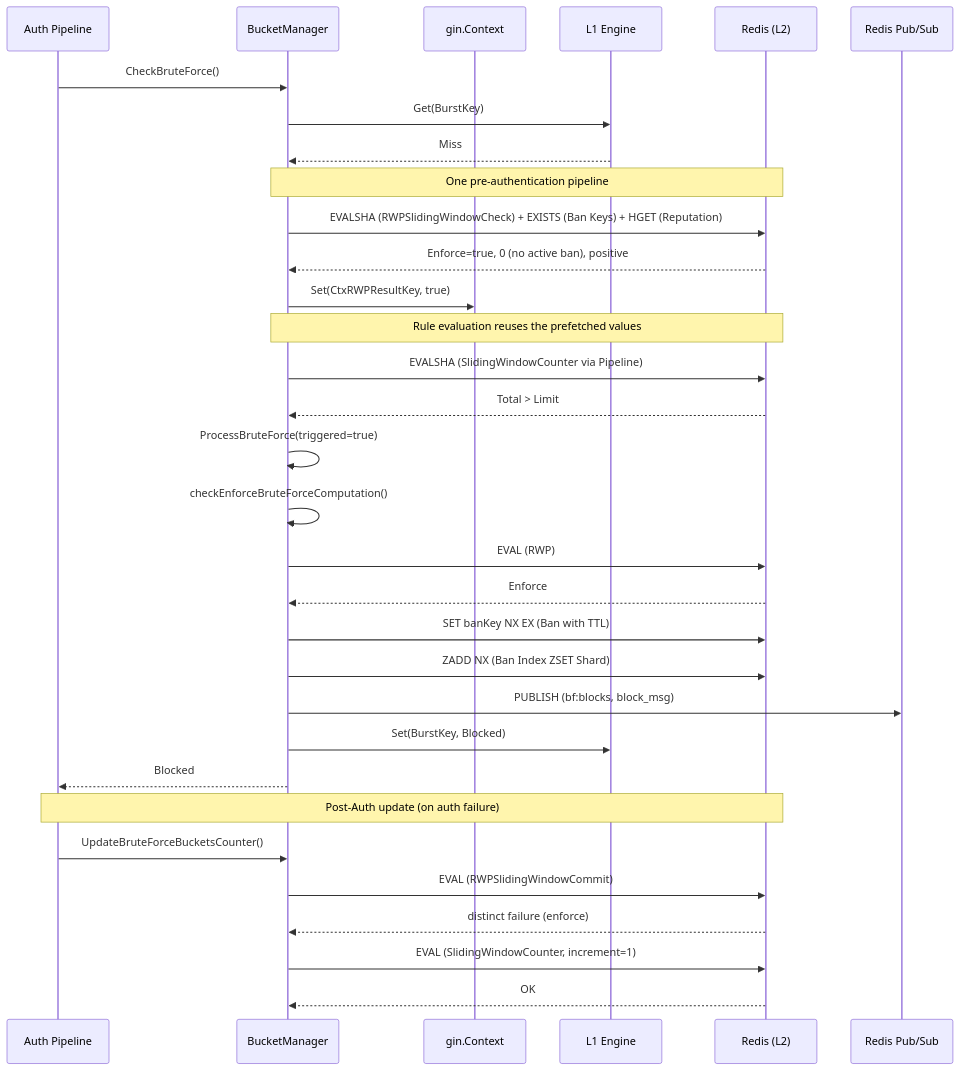
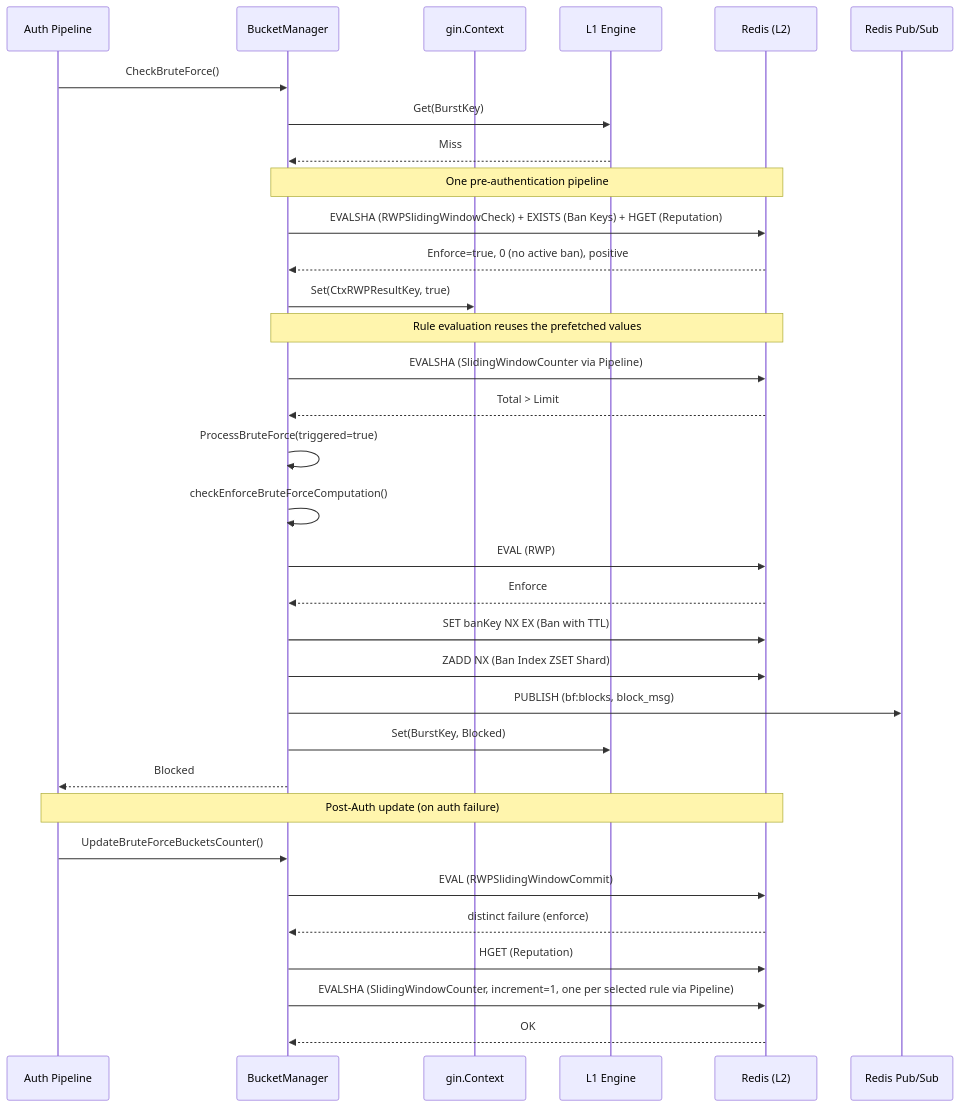
Before and after one commit to croessner/nauthilus: the third of 3 diagrams in server/docs/bruteforce_protection.md, drawn with Mermaid. The commit also changed other lines of this file and 6 other files, not shown here.

First line of the commit message:
Change: Write failed-login bucket counters in one script pipeline

````diff
--- a/server/docs/bruteforce_protection.md
+++ b/server/docs/bruteforce_protection.md
@@ -197,35 +201,36 @@
 ```mermaid
 sequenceDiagram
     participant C as Auth Pipeline
     participant BM as BucketManager
     participant Ctx as gin.Context
     participant L1 as L1 Engine
     participant R as Redis (L2)
     participant PS as Redis Pub/Sub
 
     C->>BM: CheckBruteForce()
     BM->>L1: Get(BurstKey)
     L1-->>BM: Miss
     Note over BM, R: One pre-authentication pipeline
     BM ->> R: EVALSHA (RWPSlidingWindowCheck) + EXISTS (Ban Keys) + HGET (Reputation)
     R -->> BM: Enforce=true, 0 (no active ban), positive
     BM ->> Ctx: Set(CtxRWPResultKey, true)
     Note over BM, R: Rule evaluation reuses the prefetched values
     BM->>R: EVALSHA (SlidingWindowCounter via Pipeline)
     R-->>BM: Total > Limit
     BM->>BM: ProcessBruteForce(triggered=true)
     BM->>BM: checkEnforceBruteForceComputation()
     BM ->> R: EVAL (RWP)
     R-->>BM: Enforce
     BM ->> R: SET banKey NX EX (Ban with TTL)
     BM ->> R: ZADD NX (Ban Index ZSET Shard)
     BM->>PS: PUBLISH (bf:blocks, block_msg)
     BM->>L1: Set(BurstKey, Blocked)
     BM-->>C: Blocked
     Note over C, R: Post-Auth update (on auth failure)
     C ->> BM: UpdateBruteForceBucketsCounter()
     BM ->> R: EVAL (RWPSlidingWindowCommit)
     R -->> BM: distinct failure (enforce)
-    BM ->> R: EVAL (SlidingWindowCounter, increment=1)
+    BM ->> R: HGET (Reputation)
+    BM ->> R: EVALSHA (SlidingWindowCounter, increment=1, one per selected rule via Pipeline)
     R -->> BM: OK
 ```
````
